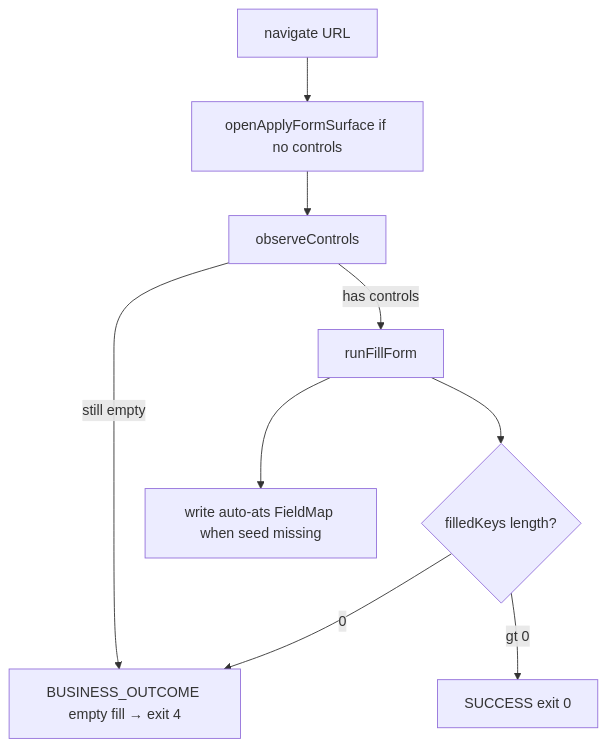
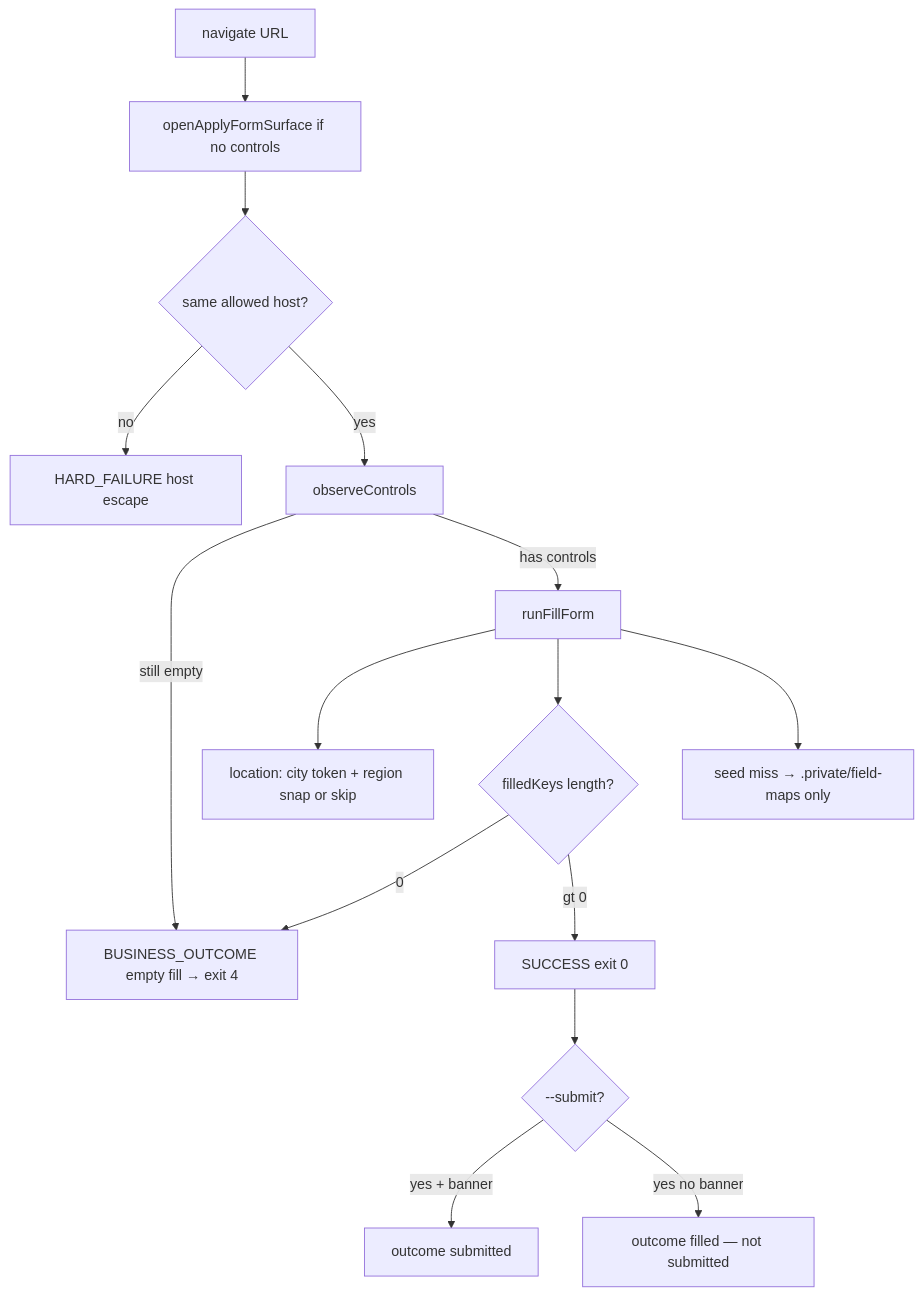
One commit to vishwaksena-dingari/computer-use-automation changed diagram 13 of 13 in docs/ARCHITECTURE.md. Above: the diagram before and after it, drawn with Mermaid. The commit also changed other lines of this file and 13 other files, not shown here.

First line of the commit message:
Close Worker act-ons: observed submit, private seed cache, fail-closed location.

````diff
--- a/docs/ARCHITECTURE.md
+++ b/docs/ARCHITECTURE.md
@@ -428,11 +428,17 @@
 ```mermaid
 flowchart TD
   nav[navigate URL] --> open["openApplyFormSurface if no controls"]
-  open --> obs[observeControls]
+  open --> host{same allowed host?}
+  host -->|no| fail4h[HARD_FAILURE host escape]
+  host -->|yes| obs[observeControls]
   obs -->|still empty| fail4["BUSINESS_OUTCOME empty fill → exit 4"]
   obs -->|has controls| fill[runFillForm]
+  fill --> loc["location: city token + region snap or skip"]
   fill --> keys{filledKeys length?}
   keys -->|0| fail4
   keys -->|gt 0| ok[SUCCESS exit 0]
-  fill --> cache["write auto-ats FieldMap when seed missing"]
+  fill --> cache["seed miss → .private/field-maps only"]
+  ok --> sub{--submit?}
+  sub -->|yes + banner| submitted[outcome submitted]
+  sub -->|yes no banner| filledOnly[outcome filled — not submitted]
 ```
````
